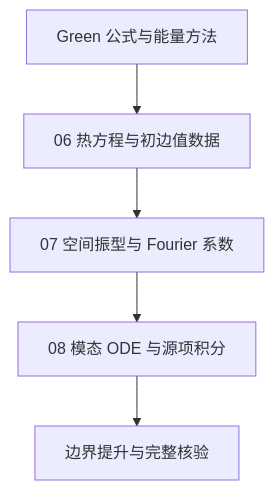
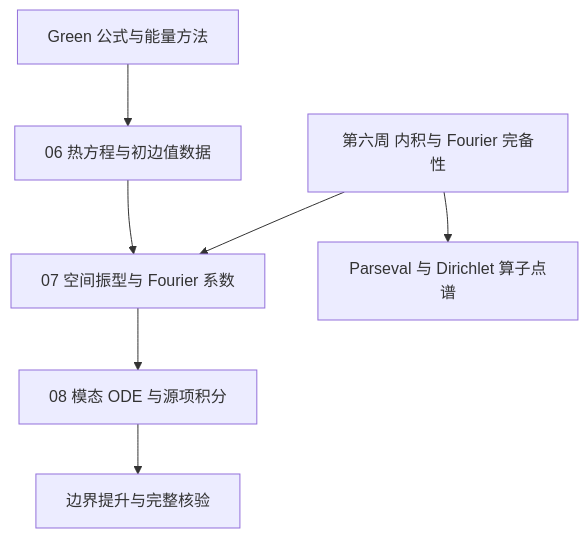
Before and after one commit to xsoc1/math-notes: the second of 2 diagrams in 数学物理方程/00_课程笔记总览.md, drawn with Mermaid. The commit also changed other lines of this file and 6 other files, not shown here.

````diff
--- a/数学物理方程/00_课程笔记总览.md
+++ b/数学物理方程/00_课程笔记总览.md
@@ -94,7 +94,9 @@
 ```mermaid
 flowchart TD
 	P[Green 公式与能量方法] --> F[06 热方程与初边值数据]
 	F --> G[07 空间振型与 Fourier 系数]
 	G --> H[08 模态 ODE 与源项积分]
 	H --> I[边界提升与完整核验]
+	J[第六周 内积与 Fourier 完备性] --> G
+	J --> K[Parseval 与 Dirichlet 算子点谱]
 ```
````
